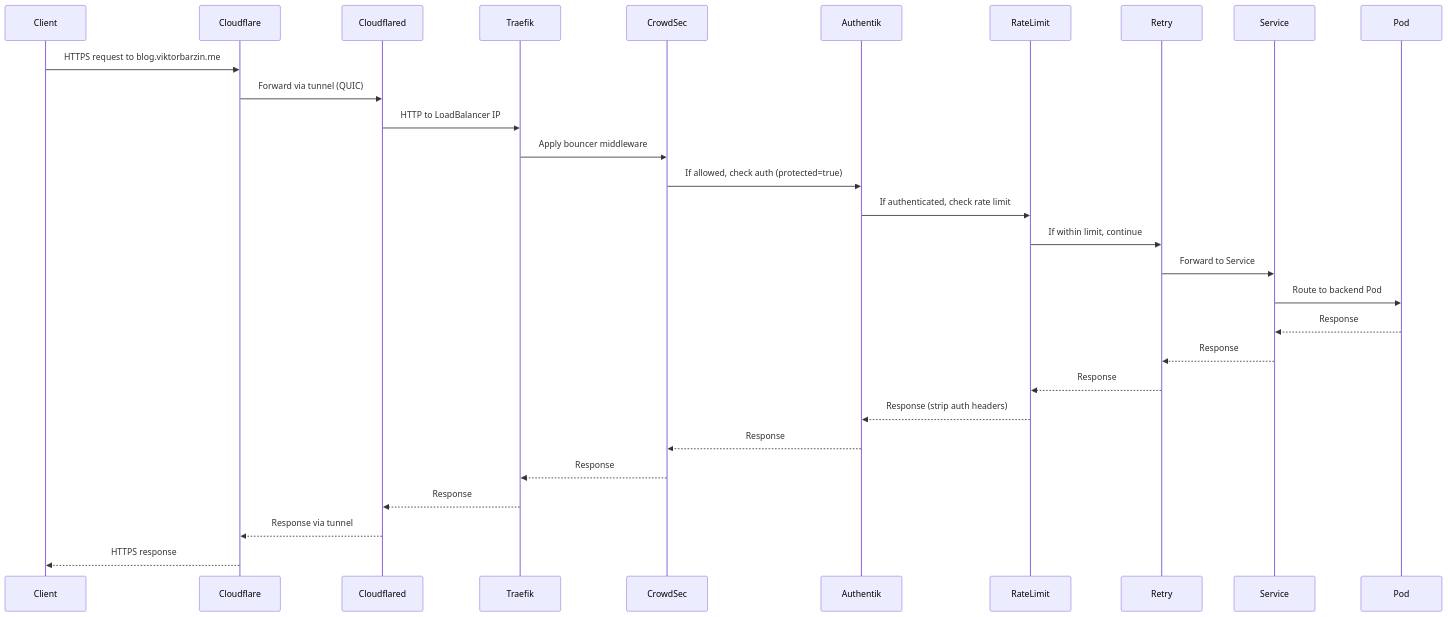
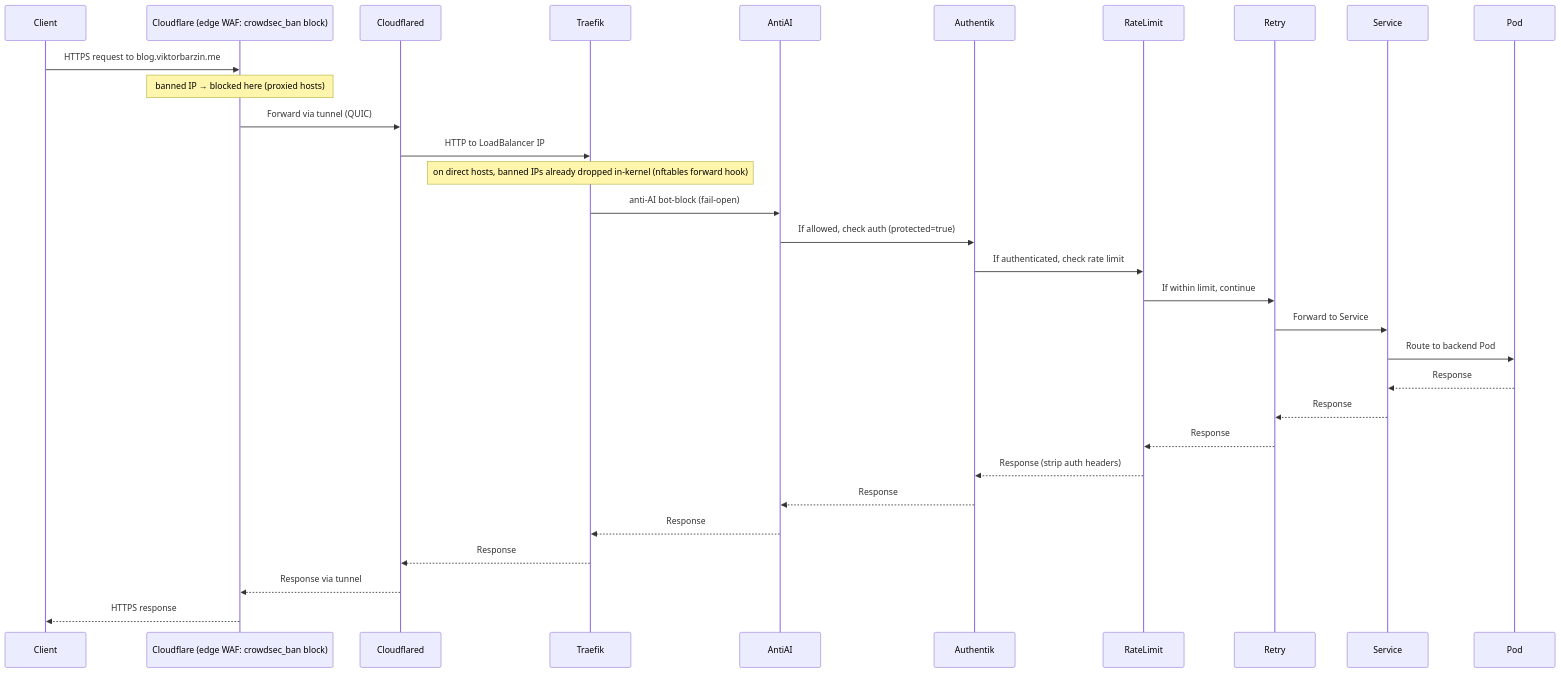
Before and after one commit to ViktorBarzin/infra: the third of 3 diagrams in docs/architecture/networking.md, drawn with Mermaid. The commit also changed other lines of this file and 2 other files, not shown here.

First line of the commit message:
docs: rewrite CrowdSec enforcement architecture (firewall-bouncer + CF WAF; Yaegi plugin removed)

````diff
--- a/docs/architecture/networking.md
+++ b/docs/architecture/networking.md
@@ -211,32 +219,34 @@
 ```mermaid
 sequenceDiagram
     participant Client
-    participant Cloudflare
+    participant CFedge as Cloudflare (edge WAF: crowdsec_ban block)
     participant Cloudflared
     participant Traefik
-    participant CrowdSec
+    participant AntiAI
     participant Authentik
     participant RateLimit
     participant Retry
     participant Service
     participant Pod
 
-    Client->>Cloudflare: HTTPS request to blog.viktorbarzin.me
-    Cloudflare->>Cloudflared: Forward via tunnel (QUIC)
+    Client->>CFedge: HTTPS request to blog.viktorbarzin.me
+    Note over CFedge: banned IP → blocked here (proxied hosts)
+    CFedge->>Cloudflared: Forward via tunnel (QUIC)
     Cloudflared->>Traefik: HTTP to LoadBalancer IP
-    Traefik->>CrowdSec: Apply bouncer middleware
-    CrowdSec->>Authentik: If allowed, check auth (protected=true)
+    Note over Traefik: on direct hosts, banned IPs already dropped in-kernel (nftables forward hook)
+    Traefik->>AntiAI: anti-AI bot-block (fail-open)
+    AntiAI->>Authentik: If allowed, check auth (protected=true)
     Authentik->>RateLimit: If authenticated, check rate limit
     RateLimit->>Retry: If within limit, continue
     Retry->>Service: Forward to Service
     Service->>Pod: Route to backend Pod
     Pod-->>Service: Response
     Service-->>Retry: Response
     Retry-->>RateLimit: Response
     RateLimit-->>Authentik: Response (strip auth headers)
-    Authentik-->>CrowdSec: Response
-    CrowdSec-->>Traefik: Response
+    Authentik-->>AntiAI: Response
+    AntiAI-->>Traefik: Response
     Traefik-->>Cloudflared: Response
-    Cloudflared-->>Cloudflare: Response via tunnel
-    Cloudflare-->>Client: HTTPS response
+    Cloudflared-->>CFedge: Response via tunnel
+    CFedge-->>Client: HTTPS response
 ```
````
